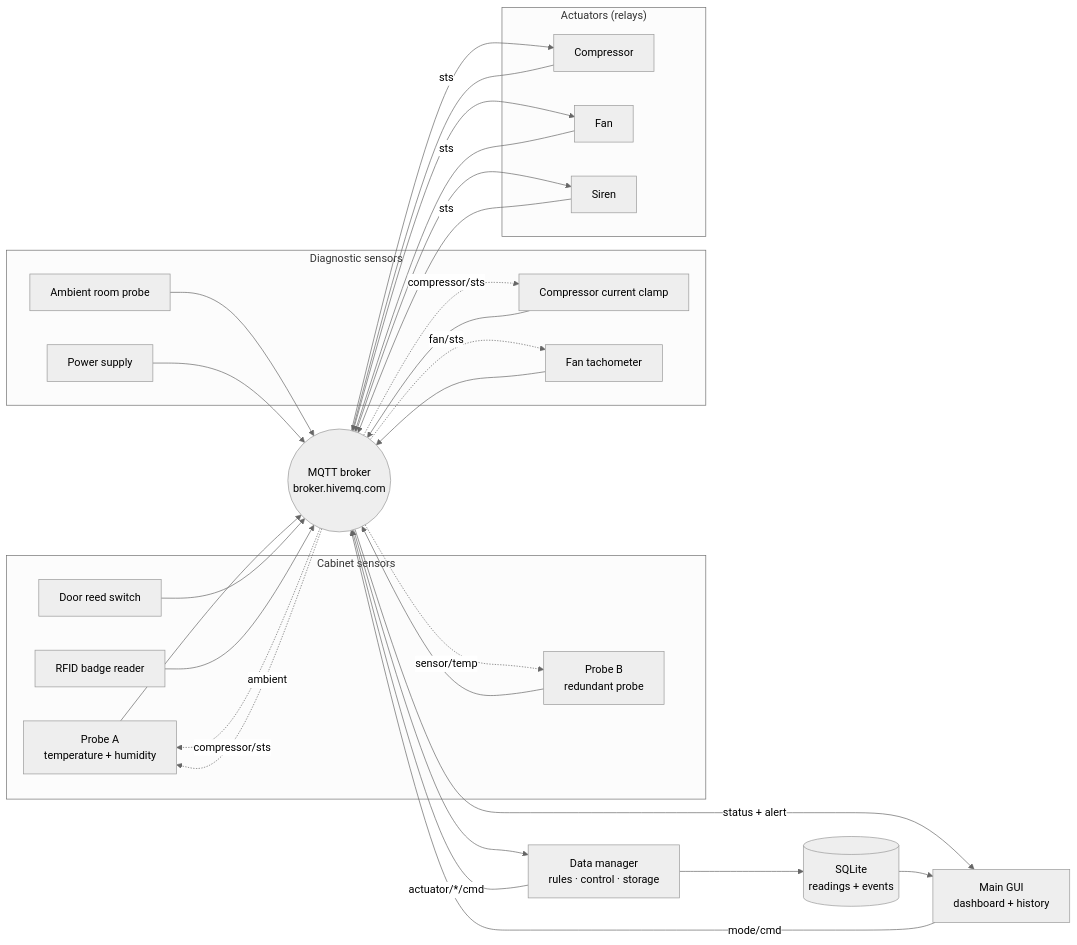
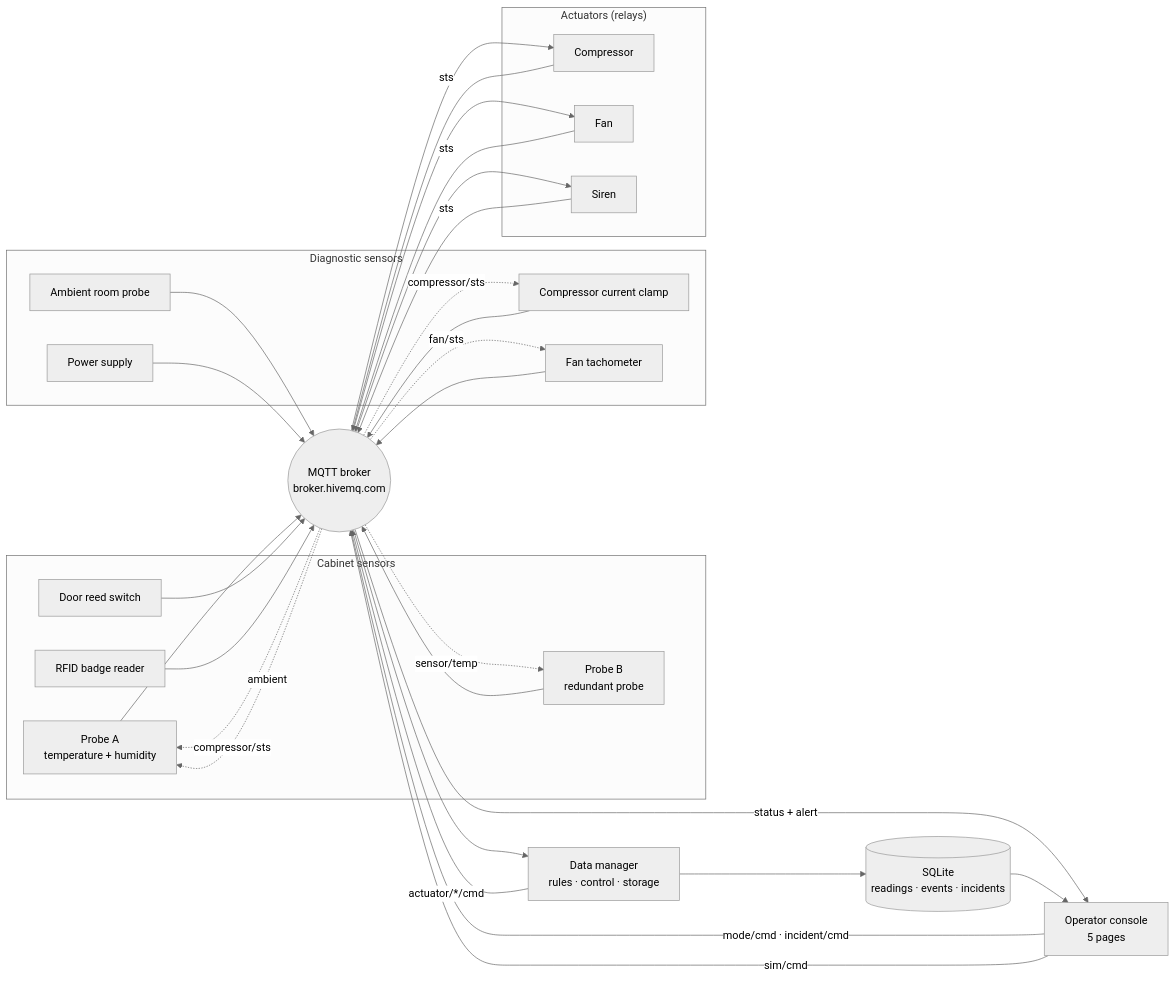
Before and after one commit to ofirzohar11/IOT_SMART_HOME: the diagram in README.md, drawn with Mermaid (neutral theme). The commit also changed other lines of this file and 51 other files, not shown here.

````diff
--- a/README.md
+++ b/README.md
@@ -44,56 +41,57 @@
 ```mermaid
 flowchart LR
     subgraph Cabinet["Cabinet sensors"]
         TA["Probe A<br/>temperature + humidity"]
         TB["Probe B<br/>redundant probe"]
         D["Door reed switch"]
         BG["RFID badge reader"]
     end
 
     subgraph Diag["Diagnostic sensors"]
         AM["Ambient room probe"]
         CU["Compressor current clamp"]
         RP["Fan tachometer"]
         PW["Power supply"]
     end
 
     B(("MQTT broker<br/>broker.hivemq.com"))
     M["Data manager<br/>rules · control · storage"]
-    DB[("SQLite<br/>readings + events")]
-    G["Main GUI<br/>dashboard + history"]
+    DB[("SQLite<br/>readings · events · incidents")]
+    G["Operator console<br/>5 pages"]
 
     subgraph Actuators["Actuators (relays)"]
         C["Compressor"]
         F["Fan"]
         S["Siren"]
     end
 
     TA --> B
     TB --> B
     D --> B
     BG --> B
     AM --> B
     CU --> B
     RP --> B
     PW --> B
 
     B --> M
     M --> DB
     M -- actuator/*/cmd --> B
     B --> C
     B --> F
     B --> S
 
     C -- sts --> B
     F -- sts --> B
     S -- sts --> B
     B -- status + alert --> G
     DB --> G
-    G -- mode/cmd --> B
+    G -- mode/cmd · incident/cmd --> B
+    G -- sim/cmd --> B
 
     B -. compressor/sts .-> TA
     B -. ambient .-> TA
     B -. sensor/temp .-> TB
     B -. compressor/sts .-> CU
     B -. fan/sts .-> RP
 ```
````
